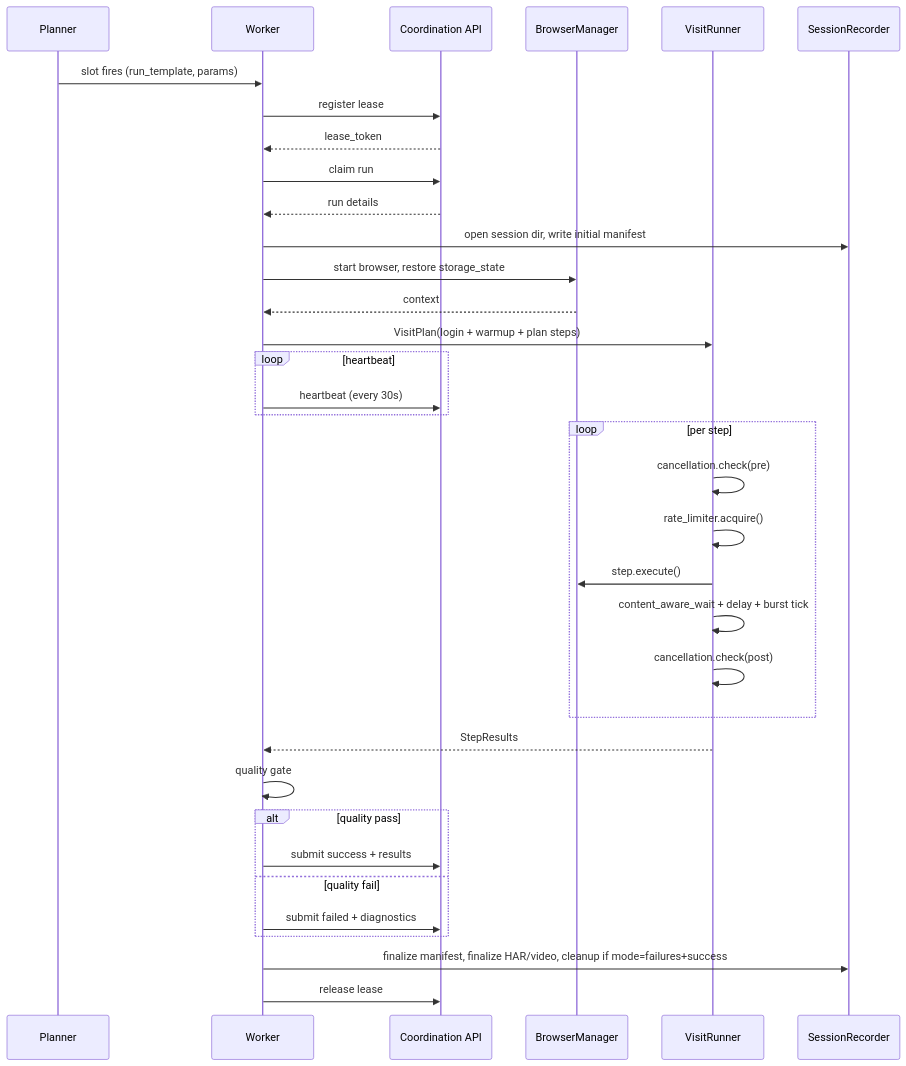
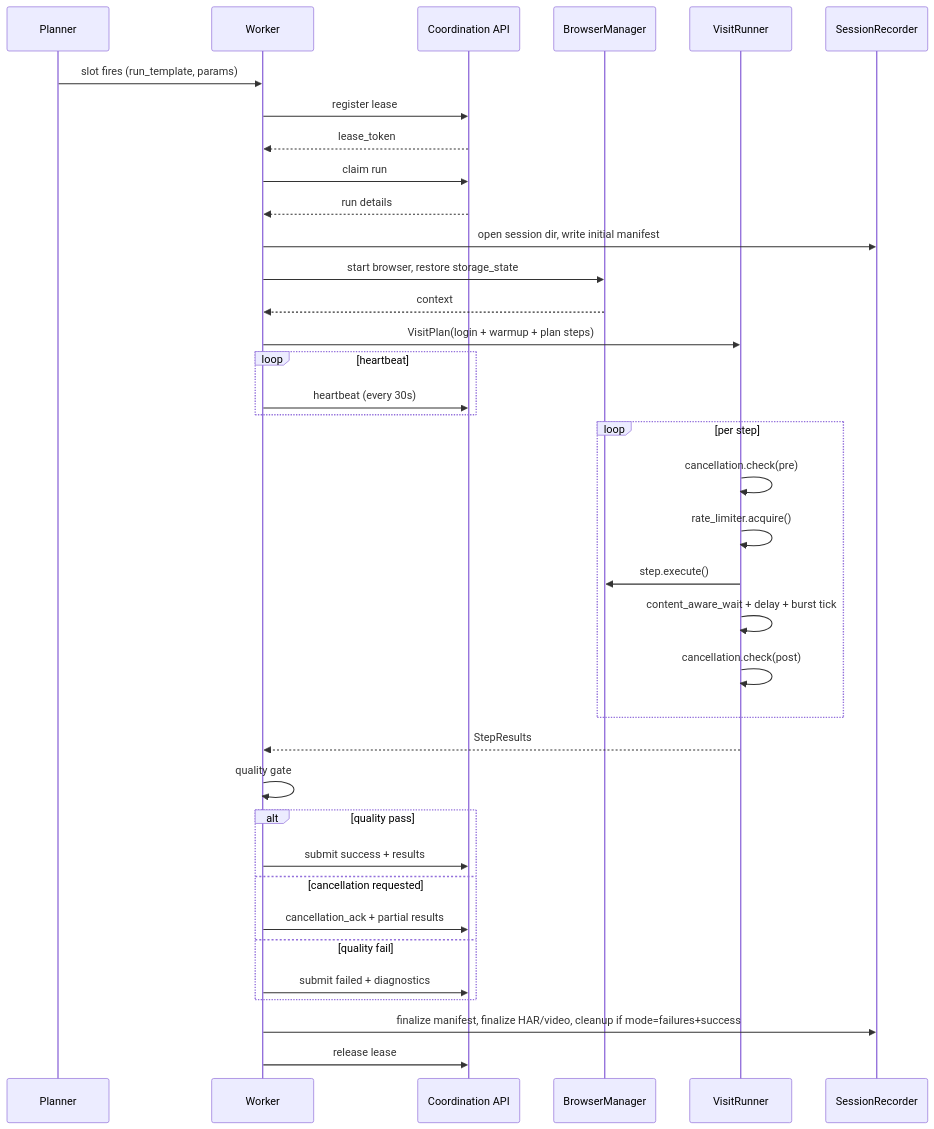
One commit to amendez13/gentle-site-visitor changed the second of 2 diagrams in docs/ARCHITECTURE.md. Above: the diagram before and after it, drawn with Mermaid. The commit also changed other lines of this file and 33 other files, not shown here.

````diff
--- a/docs/ARCHITECTURE.md
+++ b/docs/ARCHITECTURE.md
@@ -527,38 +534,40 @@
 ```mermaid
 sequenceDiagram
     participant Plan as Planner
     participant W as Worker
     participant API as Coordination API
     participant B as BrowserManager
     participant V as VisitRunner
     participant Rec as SessionRecorder
 
     Plan->>W: slot fires (run_template, params)
     W->>API: register lease
     API-->>W: lease_token
     W->>API: claim run
     API-->>W: run details
     W->>Rec: open session dir, write initial manifest
     W->>B: start browser, restore storage_state
     B-->>W: context
     W->>V: VisitPlan(login + warmup + plan steps)
     loop heartbeat
         W->>API: heartbeat (every 30s)
     end
     loop per step
         V->>V: cancellation.check(pre)
         V->>V: rate_limiter.acquire()
         V->>B: step.execute()
         V->>V: content_aware_wait + delay + burst tick
         V->>V: cancellation.check(post)
     end
     V-->>W: StepResults
     W->>W: quality gate
     alt quality pass
         W->>API: submit success + results
+    else cancellation requested
+        W->>API: cancellation_ack + partial results
     else quality fail
         W->>API: submit failed + diagnostics
     end
     W->>Rec: finalize manifest, finalize HAR/video, cleanup if mode=failures+success
     W->>API: release lease
 ```
````
